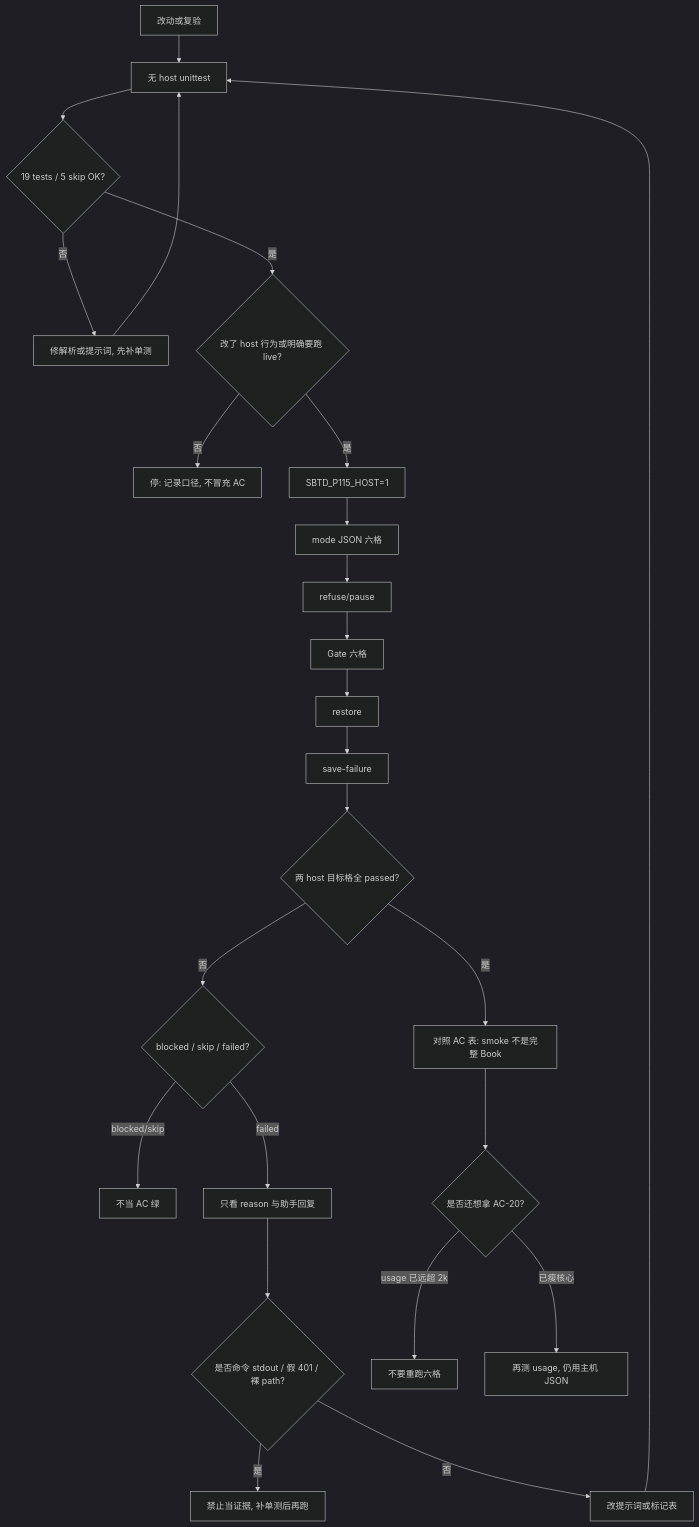
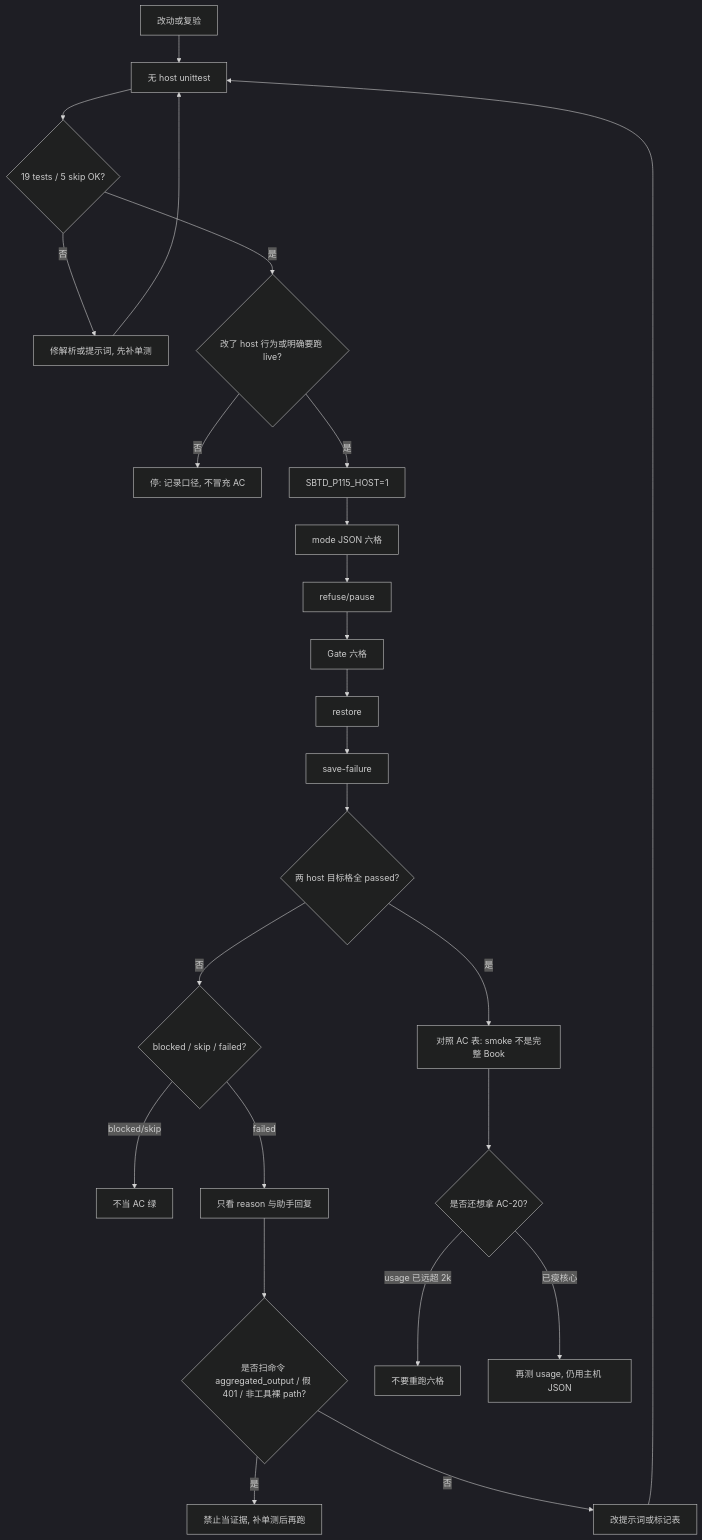
Before and after one commit to KunoLu/640-skills: the diagram in docs/assets/codex-omp-host-mode-smoke.md, drawn with Mermaid (dark theme). The commit also changed other lines of this file, not shown here.

First line of the commit message:
docs: distinguish tool-item path from bare JSON path

````diff
--- a/docs/assets/codex-omp-host-mode-smoke.md
+++ b/docs/assets/codex-omp-host-mode-smoke.md
@@ -92,27 +92,28 @@
 ```mermaid
 flowchart TD
   start[改动或复验] --> unit[无 host unittest]
   unit --> unitOk{19 tests / 5 skip OK?}
   unitOk -->|否| fixUnit[修解析或提示词, 先补单测]
   fixUnit --> unit
   unitOk -->|是| needLive{改了 host 行为或明确要跑 live?}
   needLive -->|否| stopDoc[停: 记录口径, 不冒充 AC]
   needLive -->|是| optin[SBTD_P115_HOST=1]
   optin --> matrix[mode JSON 六格]
   matrix --> refuse[refuse/pause]
   refuse --> gate[Gate 六格]
   gate --> restore[restore]
   restore --> save[save-failure]
   save --> both{两 host 目标格全 passed?}
   both -->|否| classify{blocked / skip / failed?}
   classify -->|blocked/skip| noGreen[不当 AC 绿]
   classify -->|failed| reason[只看 reason 与助手回复]
-  reason --> trap{是否命令 stdout / 假 401 / 裸 path?}
+  reason --> trap{是否扫命令 aggregated_output / 假 401 / 非工具裸 path?}
+
   trap -->|是| noScan[禁止当证据, 补单测后再跑]
   trap -->|否| fixPrompt[改提示词或标记表]
   fixPrompt --> unit
   both -->|是| acMap[对照 AC 表: smoke 不是完整 Book]
   acMap --> token{是否还想拿 AC-20?}
   token -->|usage 已远超 2k| noRerun[不要重跑六格]
   token -->|已瘦核心| remeasure[再测 usage, 仍用主机 JSON]
 ```
````
